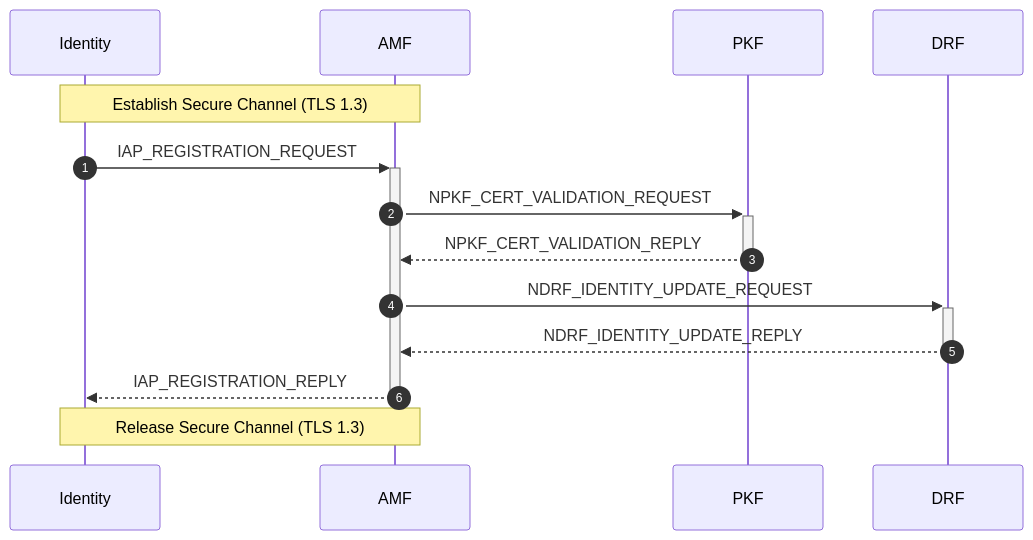
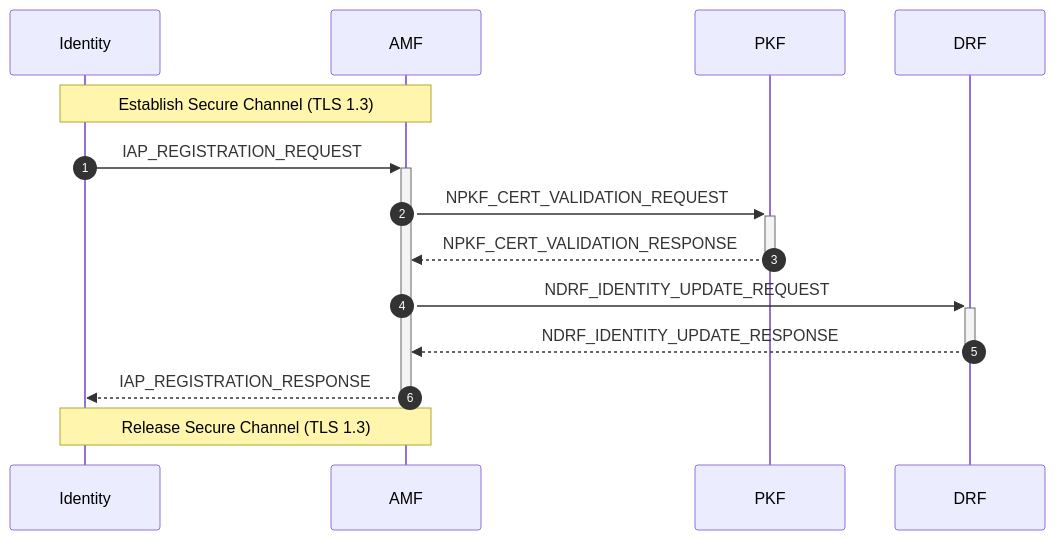
Before and after one commit to veil-link/veilink: the seventh of 21 diagrams in doc/doc-spec/00-series-general/00.002-procedure.md, drawn with Mermaid. The commit also changed other lines of this file, not shown here.

Commit message:
chore: update reply to response

````diff
--- a/doc/doc-spec/00-series-general/00.002-procedure.md
+++ b/doc/doc-spec/00-series-general/00.002-procedure.md
@@ -159,18 +159,18 @@
 ```mermaid
 sequenceDiagram
     autonumber
 
     participant id as Identity
     participant amf as AMF
     participant pkf as PKF
     participant drf as DRF
 
     Note over id, amf: Establish Secure Channel (TLS 1.3)
     id ->>+ amf: IAP_REGISTRATION_REQUEST
     amf ->>+ pkf: NPKF_CERT_VALIDATION_REQUEST
-    pkf -->>- amf: NPKF_CERT_VALIDATION_REPLY
+    pkf -->>- amf: NPKF_CERT_VALIDATION_RESPONSE
     amf ->>+ drf: NDRF_IDENTITY_UPDATE_REQUEST
-    drf -->>- amf: NDRF_IDENTITY_UPDATE_REPLY
-    amf -->>- id: IAP_REGISTRATION_REPLY
+    drf -->>- amf: NDRF_IDENTITY_UPDATE_RESPONSE
+    amf -->>- id: IAP_REGISTRATION_RESPONSE
     Note over id, amf: Release Secure Channel (TLS 1.3)
 ```
````
